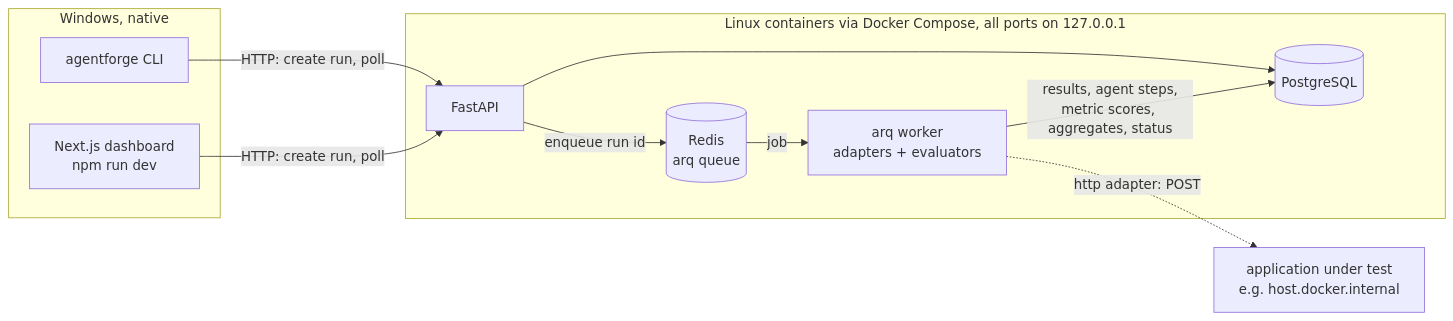
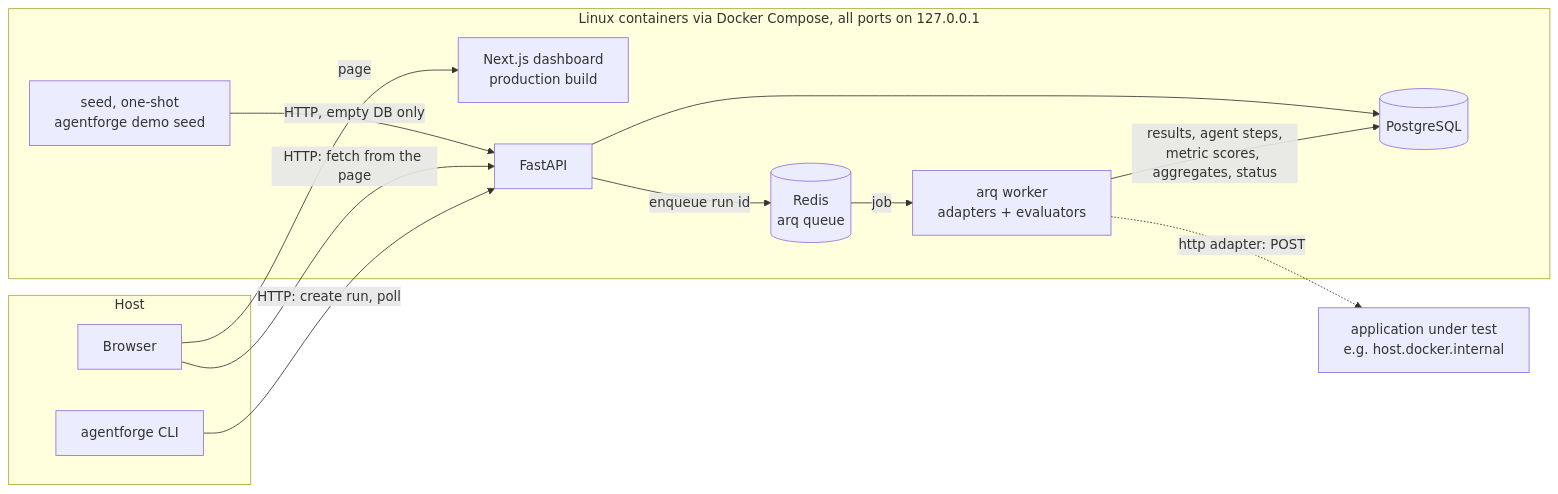
One commit to roshano3o3/agentforge changed the first of 2 diagrams in docs/architecture.md. Above: the diagram before and after it, drawn with Mermaid. The commit also changed other lines of this file and 14 other files, not shown here.

Commit message:
README rewrite (tagline, demo GIF, what it catches, Mermaid architecture, Quick Start = docker compose up); deep sections moved to docs/*.md; docs/results.md ledger of every README number

````diff
--- a/docs/architecture.md
+++ b/docs/architecture.md
@@ -8,22 +8,32 @@
 ```mermaid
 flowchart LR
-    subgraph Windows_host [Windows, native]
+    subgraph Host [Host]
         CLI[agentforge CLI]
-        WEB[Next.js dashboard\nnpm run dev]
+        BROWSER[Browser]
     end
 
     subgraph Linux_containers [Linux containers via Docker Compose, all ports on 127.0.0.1]
+        WEB[Next.js dashboard
+production build]
+        SEED[seed, one-shot
+agentforge demo seed]
         API[FastAPI]
         PG[(PostgreSQL)]
-        REDIS[(Redis\narq queue)]
-        WORKER[arq worker\nadapters + evaluators]
+        REDIS[(Redis
+arq queue)]
+        WORKER[arq worker
+adapters + evaluators]
         API --> PG
         API -->|enqueue run id| REDIS
         REDIS -->|job| WORKER
-        WORKER -->|results, agent steps,\nmetric scores, aggregates, status| PG
+        WORKER -->|results, agent steps,
+metric scores, aggregates, status| PG
+        SEED -->|HTTP, empty DB only| API
     end
 
+    BROWSER -->|page| WEB
+    BROWSER -->|HTTP: fetch from the page| API
     CLI -->|HTTP: create run, poll| API
-    WEB -->|HTTP: create run, poll| API
-    WORKER -.->|http adapter: POST| EXT[application under test\ne.g. host.docker.internal]
+    WORKER -.->|http adapter: POST| EXT[application under test
+e.g. host.docker.internal]
 ```
````
